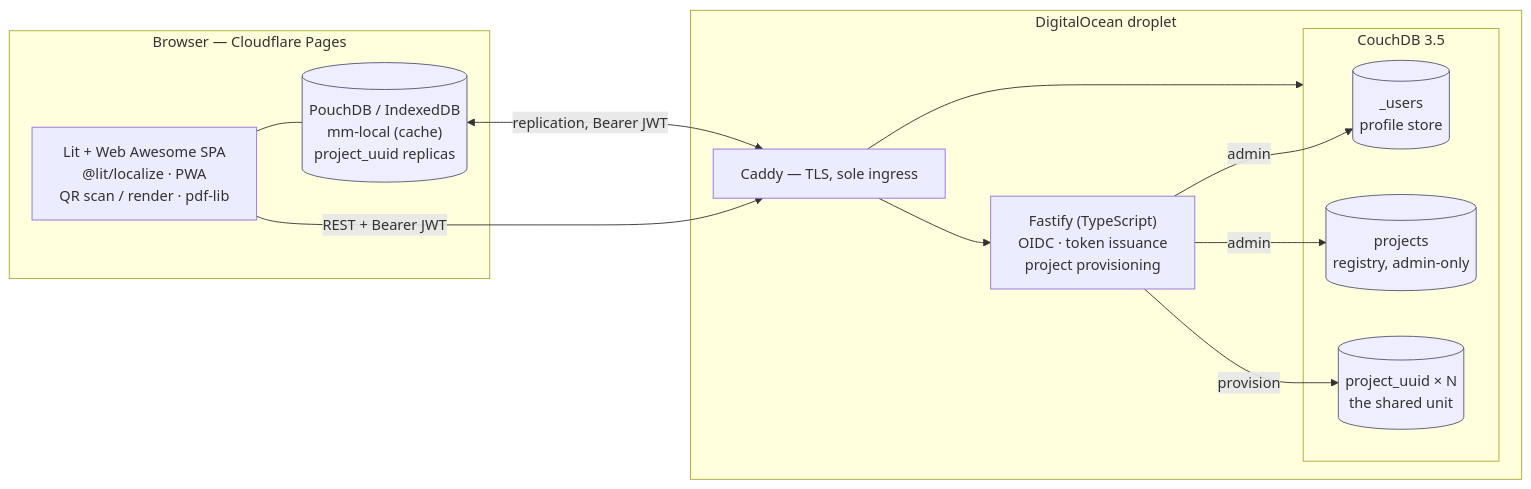
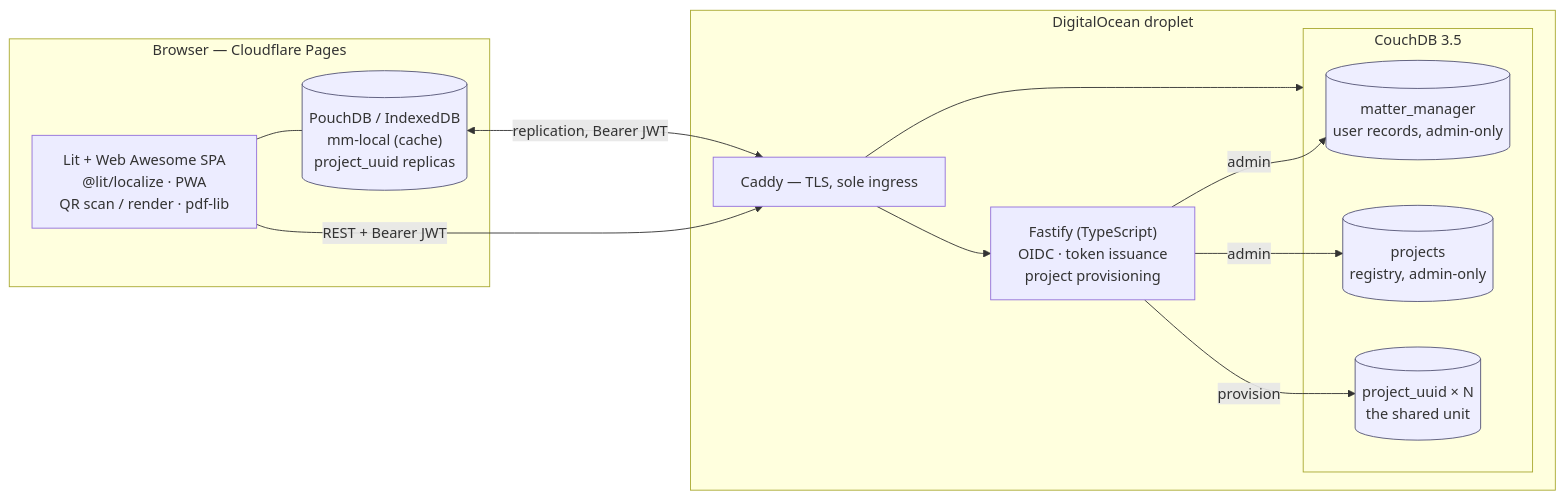
The first of 2 diagrams in docs/ARCHITECTURE.md (beyonddemise/matter-manager), drawn with Mermaid before and after one commit. The commit also changed other lines of this file and 10 other files, not shown here.

````diff
--- a/docs/ARCHITECTURE.md
+++ b/docs/ARCHITECTURE.md
@@ -8,29 +8,29 @@
 ```mermaid
 flowchart LR
   subgraph B["Browser — Cloudflare Pages"]
     UI["Lit + Web Awesome SPA<br/>@lit/localize · PWA<br/>QR scan / render · pdf-lib"]
     LOCAL[("PouchDB / IndexedDB<br/>mm-local (cache)<br/>project_uuid replicas")]
     UI --- LOCAL
   end
 
   subgraph D["DigitalOcean droplet"]
     CADDY["Caddy — TLS, sole ingress"]
     API["Fastify (TypeScript)<br/>OIDC · token issuance<br/>project provisioning"]
     subgraph CDB["CouchDB 3.5"]
-      USERS[("_users<br/>profile store")]
+      USERS[("matter_manager<br/>user records, admin-only")]
       REG[("projects<br/>registry, admin-only")]
       PROJ[("project_uuid × N<br/>the shared unit")]
     end
     CADDY --> API
     CADDY --> CDB
     API -->|admin| USERS
     API -->|admin| REG
     API -->|provision| PROJ
   end
 
   UI -->|"REST + Bearer JWT"| CADDY
   LOCAL <-->|"replication, Bearer JWT"| CADDY
 
   classDef store fill:#eef,stroke:#557
   class LOCAL,USERS,REG,PROJ store
 ```
````
